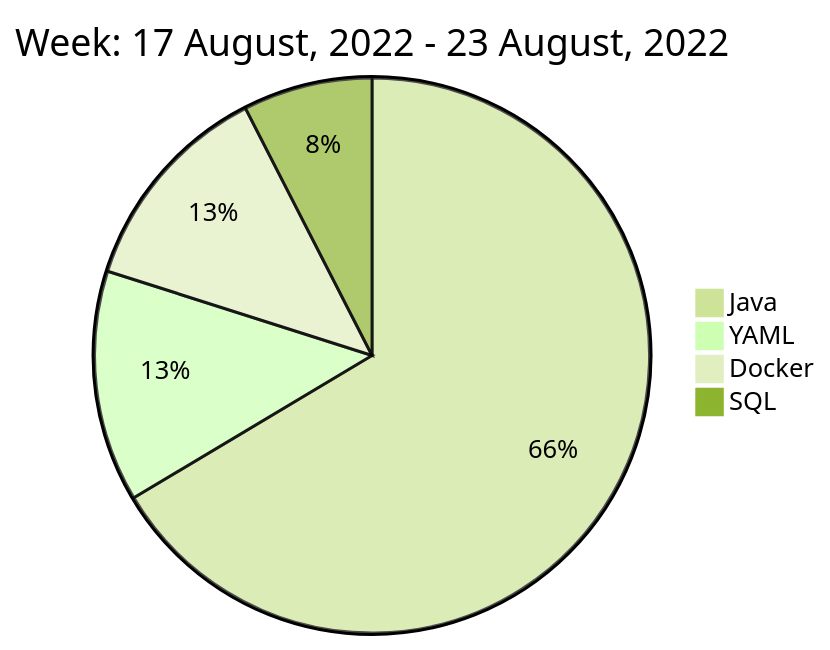
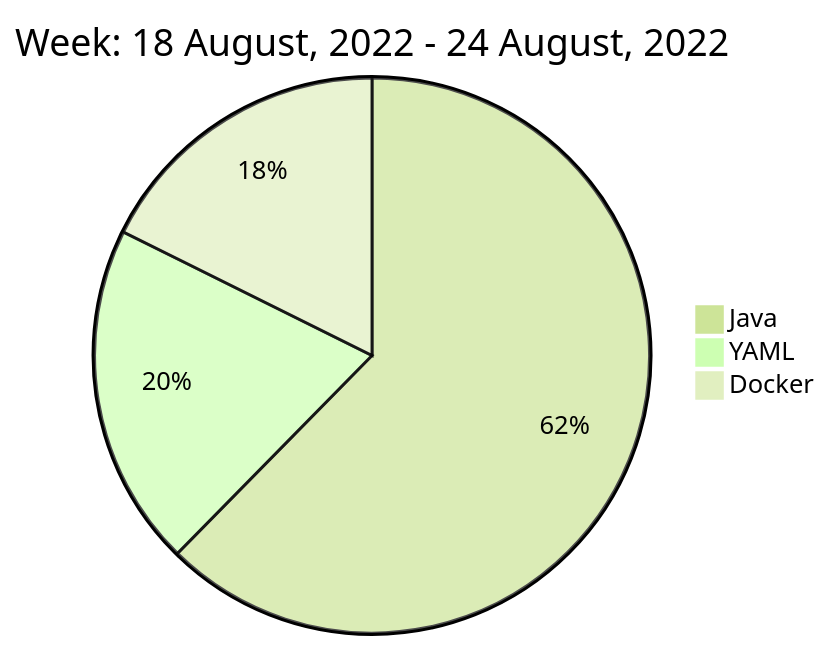
Before and after one commit to liubin95/liubin95: the diagram in README.md, drawn with Mermaid (forest theme).

Commit message:
Updated the Graph with new Metrics

````diff
--- a/README.md
+++ b/README.md
@@ -40,8 +40,7 @@
 ```mermaid
  pie
-title Week: 17 August, 2022 - 23 August, 2022
- "Java" : 12.17
- "YAML" : 2.47
+title Week: 18 August, 2022 - 24 August, 2022
+ "Java" : 8.12
+ "YAML" : 2.6
  "Docker" : 2.3
- "SQL" : 1.38
 ```
````
